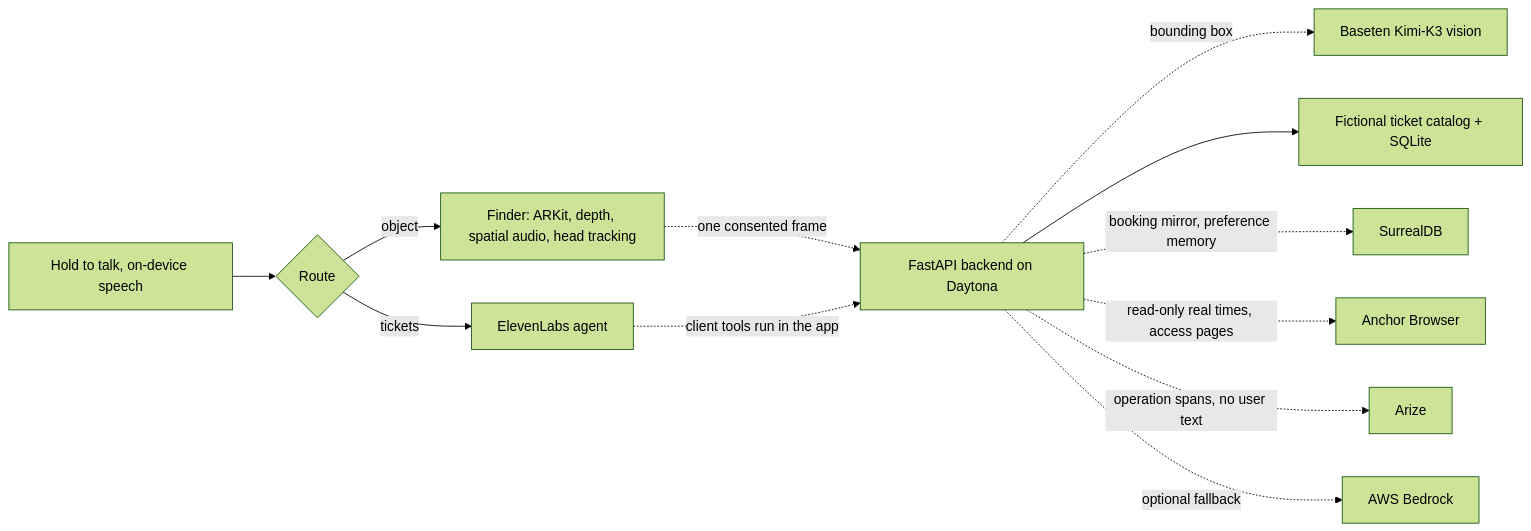
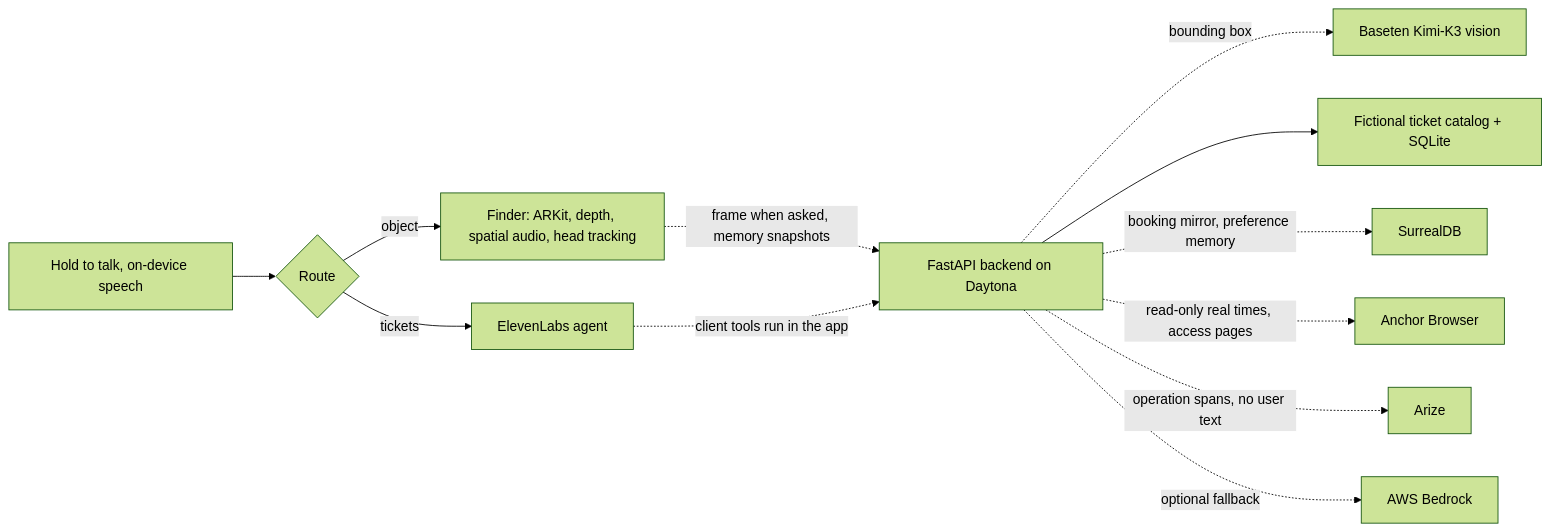
The diagram in docs/ARCHITECTURE.md (7dracoder/Faith), drawn with Mermaid (forest theme) before and after one commit. The commit also changed other lines of this file and 47 other files, not shown here.

````diff
--- a/docs/ARCHITECTURE.md
+++ b/docs/ARCHITECTURE.md
@@ -5,14 +5,14 @@
 ```mermaid
 flowchart LR
     U[Hold to talk, on-device speech] --> R{Route}
     R -- object --> F[Finder: ARKit, depth, spatial audio, head tracking]
-    F -. one consented frame .-> B[FastAPI backend on Daytona]
+    F -. frame when asked, memory snapshots .-> B[FastAPI backend on Daytona]
     B -. bounding box .-> V[Baseten Kimi-K3 vision]
     R -- tickets --> A[ElevenLabs agent]
     A -. client tools run in the app .-> B
     B --> C[Fictional ticket catalog + SQLite]
     B -. booking mirror, preference memory .-> S[SurrealDB]
     B -. read-only real times, access pages .-> N[Anchor Browser]
     B -. operation spans, no user text .-> Z[Arize]
     B -. optional fallback .-> W[AWS Bedrock]
 ```
````
